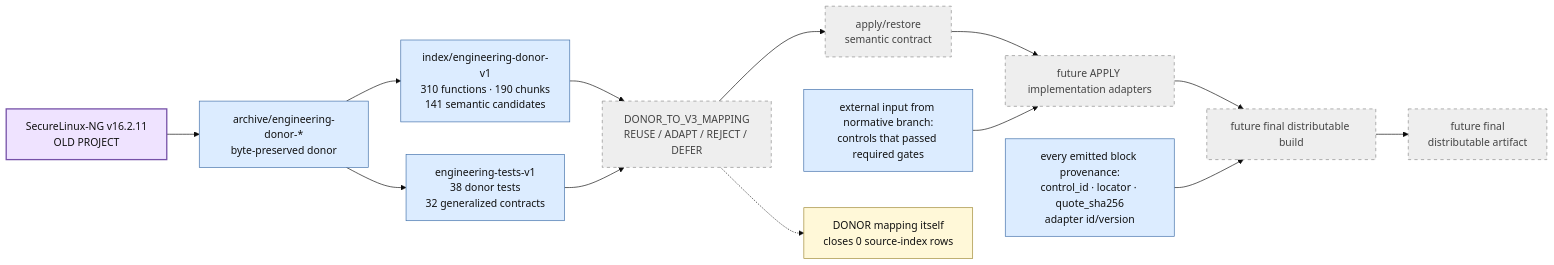
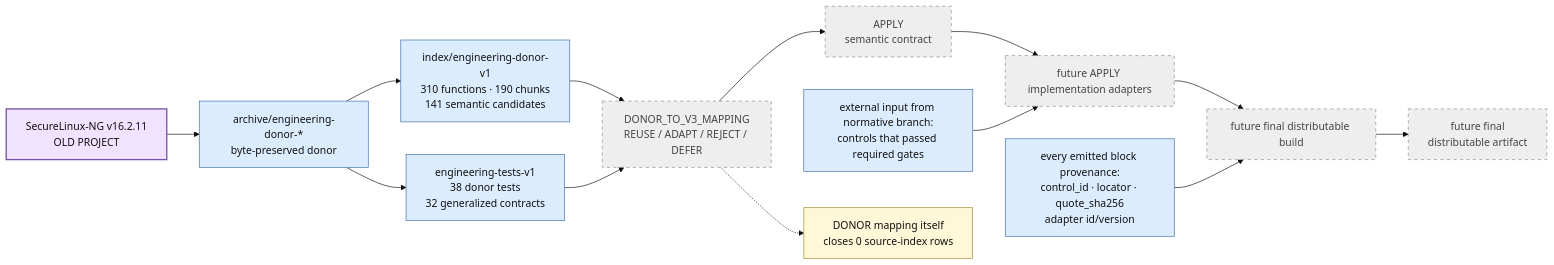
The fourth of 6 diagrams in docs/PROJECT-MAP-v3.md (rasav65/SecureLinux-Policy), drawn with Mermaid (base theme) before and after one commit. The commit also changed other lines of this file and 41 other files, not shown here.

````diff
--- a/docs/PROJECT-MAP-v3.md
+++ b/docs/PROJECT-MAP-v3.md
@@ -228,36 +229,36 @@
 ```mermaid
 flowchart LR
     OLD["SecureLinux-NG v16.2.11<br/>OLD PROJECT"]:::donor
 
     ARCHIVE["archive/engineering-donor-*<br/>byte-preserved donor"]:::component
     DONOR_INDEX["index/engineering-donor-v1<br/>310 functions · 190 chunks<br/>141 semantic candidates"]:::component
     DONOR_TESTS["engineering-tests-v1<br/>38 donor tests<br/>32 generalized contracts"]:::component
 
     MAP["DONOR_TO_V3_MAPPING<br/>REUSE / ADAPT / REJECT / DEFER"]:::future
-    APPLY["apply/restore<br/>semantic contract"]:::future
+    APPLY["APPLY<br/>semantic contract"]:::future
     ADAPTERS["future APPLY implementation adapters"]:::future
     BUILD["future final distributable build"]:::future
     SCRIPT["future final<br/>distributable artifact"]:::future
 
     OLD --> ARCHIVE
     ARCHIVE --> DONOR_INDEX
     ARCHIVE --> DONOR_TESTS
     DONOR_INDEX --> MAP
     DONOR_TESTS --> MAP
 
     MAP --> APPLY --> ADAPTERS --> BUILD --> SCRIPT
 
     NORMIN["external input from normative branch:<br/>controls that passed required gates"]:::component
     NORMIN --> ADAPTERS
 
     PROVOUT["every emitted block provenance:<br/>control_id · locator · quote_sha256<br/>adapter id/version"]:::component
     PROVOUT --> BUILD
 
     ZERO["DONOR mapping itself<br/>closes 0 source-index rows"]:::note
     MAP -.-> ZERO
 
     classDef donor fill:#efe3ff,stroke:#7651a8,color:#111,stroke-width:2px;
     classDef component fill:#dcecff,stroke:#3e6ea8,color:#111;
     classDef future fill:#eeeeee,stroke:#888,color:#444,stroke-dasharray: 5 5;
     classDef note fill:#fff8d8,stroke:#9d8730,color:#111;
 ```
````
